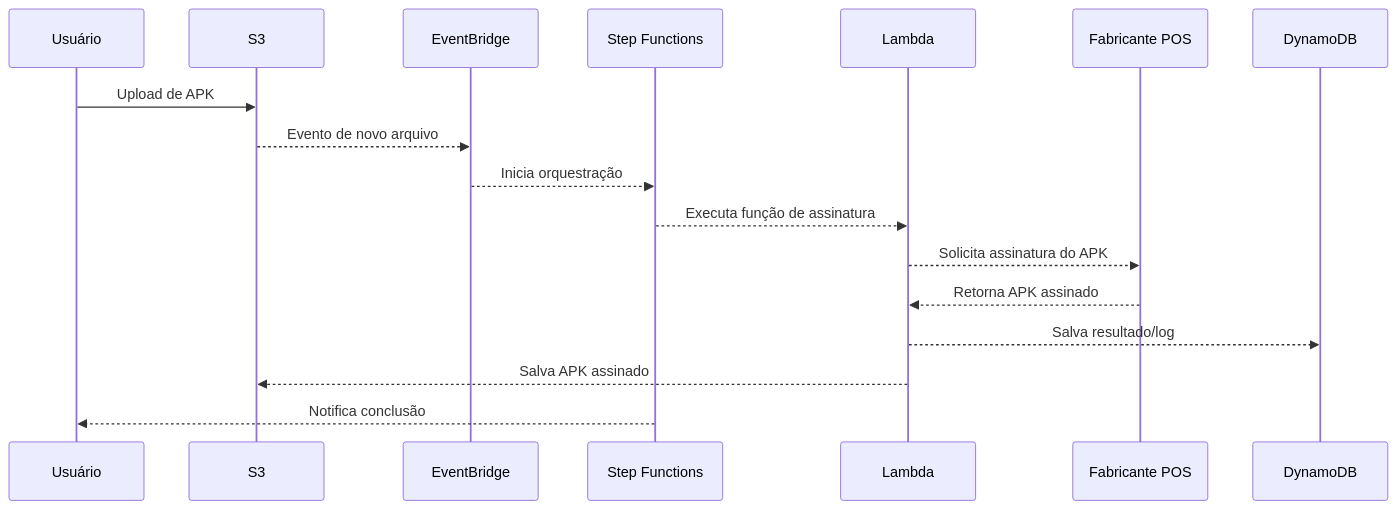
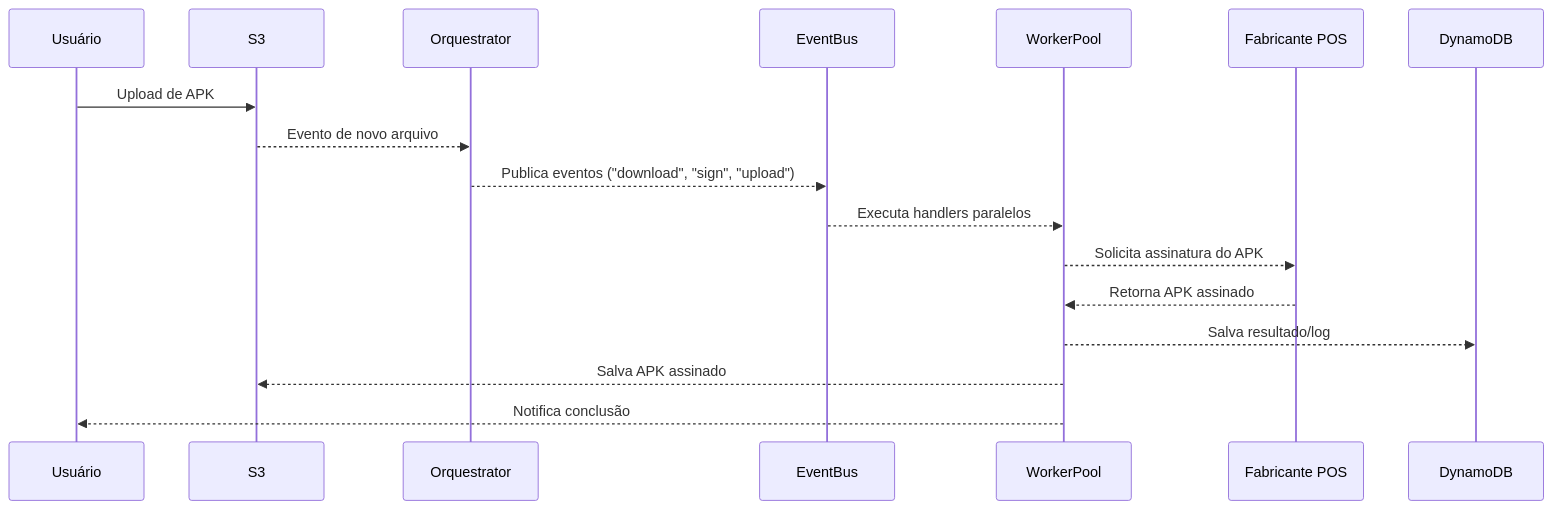
One commit to brunojet/demo-signserver changed the second of 2 diagrams in docs/arquitetura.md. Above: the diagram before and after it, drawn with Mermaid. The commit also changed other lines of this file and 1 other file, not shown here.

````diff
--- a/docs/arquitetura.md
+++ b/docs/arquitetura.md
@@ -27,20 +29,20 @@
 ```mermaid
 sequenceDiagram
     participant Usuário
     participant S3
-    participant EventBridge
-    participant StepFn as Step Functions
-    participant Lambda
+    participant Orquestrator
+    participant EventBus
+    participant WorkerPool
     participant POS as Fabricante POS
     participant DynamoDB
 
     Usuário->>S3: Upload de APK
-    S3-->>EventBridge: Evento de novo arquivo
-    EventBridge-->>StepFn: Inicia orquestração
-    StepFn-->>Lambda: Executa função de assinatura
-    Lambda-->>POS: Solicita assinatura do APK
-    POS-->>Lambda: Retorna APK assinado
-    Lambda-->>DynamoDB: Salva resultado/log
-    Lambda-->>S3: Salva APK assinado
-    StepFn-->>Usuário: Notifica conclusão
+    S3-->>Orquestrator: Evento de novo arquivo
+    Orquestrator-->>EventBus: Publica eventos ("download", "sign", "upload")
+    EventBus-->>WorkerPool: Executa handlers paralelos
+    WorkerPool-->>POS: Solicita assinatura do APK
+    POS-->>WorkerPool: Retorna APK assinado
+    WorkerPool-->>DynamoDB: Salva resultado/log
+    WorkerPool-->>S3: Salva APK assinado
+    WorkerPool-->>Usuário: Notifica conclusão
 ```
````
